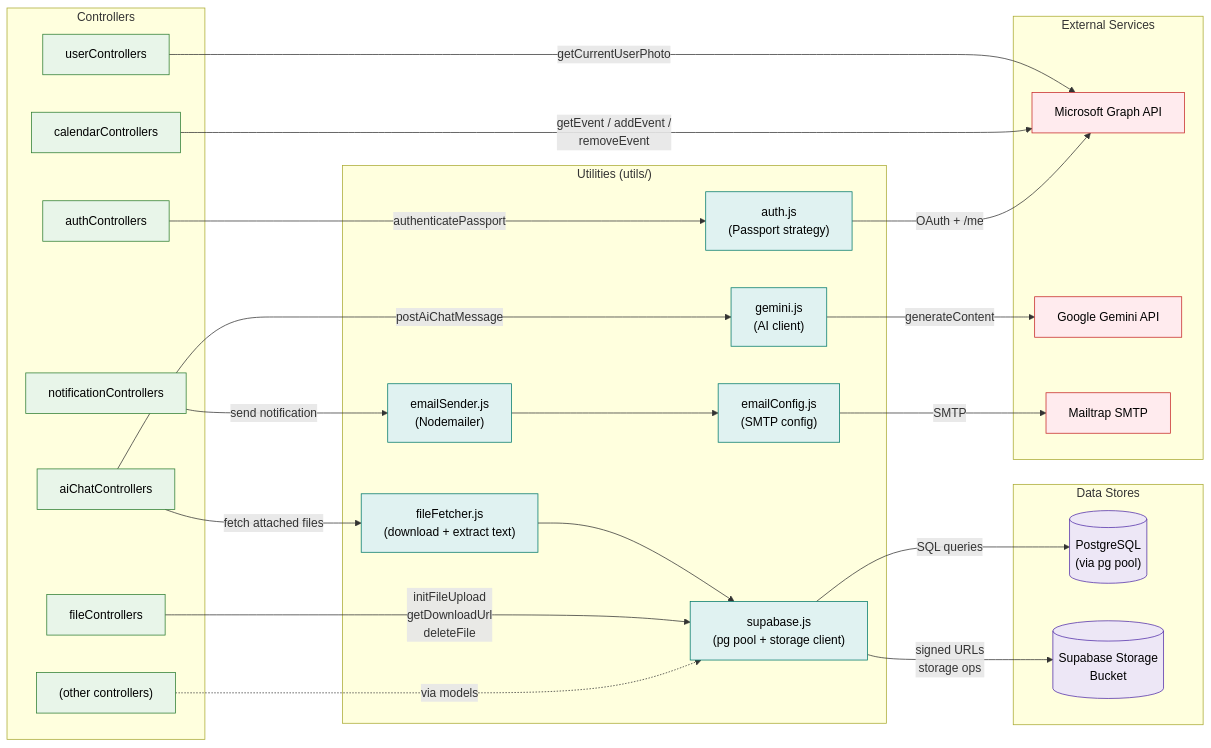
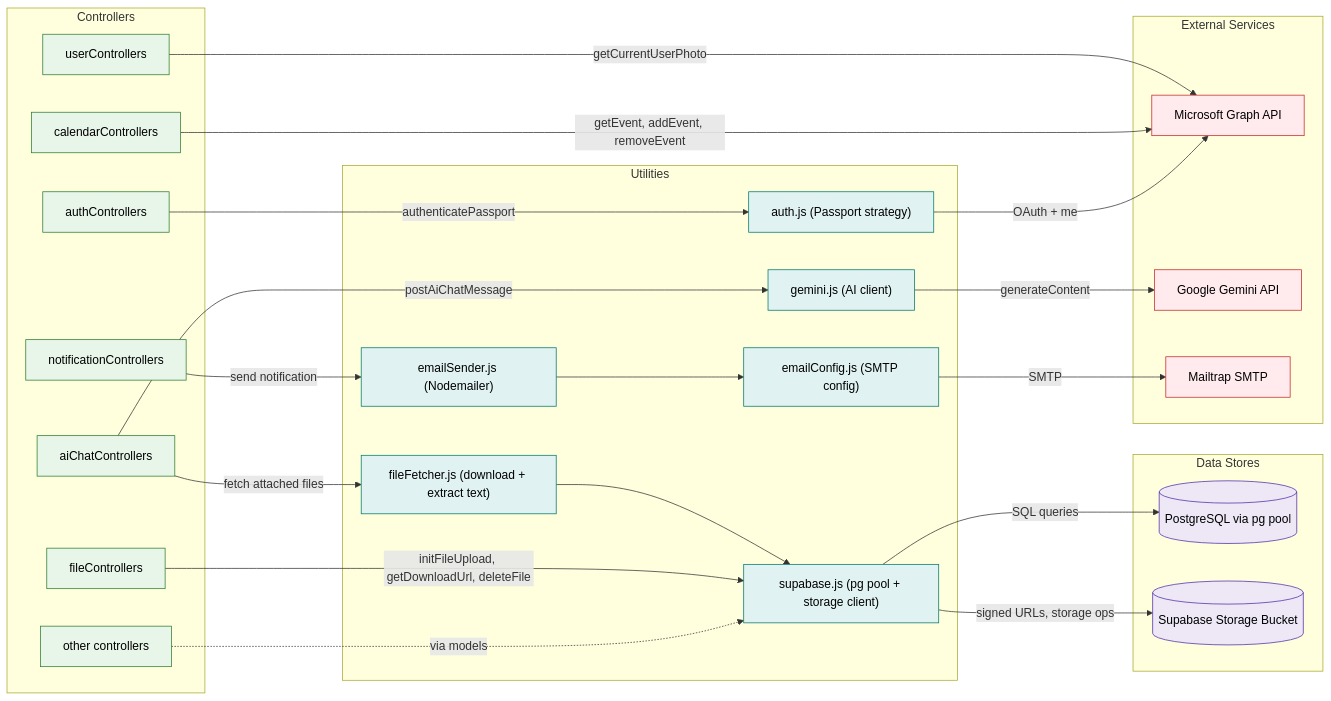
One commit to SETAP-Org/gcms-docs changed the third of 3 diagrams in docs/source/architecture/module-map.rst. Above: the diagram before and after it, drawn with Mermaid. The commit also changed other lines of this file, not shown here.

Commit message:
Refactor module map documentation for improved clarity and consistency in naming conventions

```diff
--- a/docs/source/architecture/module-map.rst
+++ b/docs/source/architecture/module-map.rst
@@ -232,63 +232,63 @@
 .. mermaid::
 
    flowchart LR
        subgraph Controllers["Controllers"]
            Cauth["authControllers"]
            Ccal["calendarControllers"]
            Cuser["userControllers"]
            Cai["aiChatControllers"]
            Cfile["fileControllers"]
            Cnotif["notificationControllers"]
-           Cother["(other controllers)"]
+           Cother["other controllers"]
        end
 
-       subgraph Utils["Utilities (utils/)"]
-           Uauth["auth.js<br/>(Passport strategy)"]
-           Usup["supabase.js<br/>(pg pool + storage client)"]
-           Ugem["gemini.js<br/>(AI client)"]
-           Ufile["fileFetcher.js<br/>(download + extract text)"]
-           Uemail["emailSender.js<br/>(Nodemailer)"]
-           Uconf["emailConfig.js<br/>(SMTP config)"]
+       subgraph Utils["Utilities"]
+           Uauth["auth.js (Passport strategy)"]
+           Usup["supabase.js (pg pool + storage client)"]
+           Ugem["gemini.js (AI client)"]
+           Ufile["fileFetcher.js (download + extract text)"]
+           Uemail["emailSender.js (Nodemailer)"]
+           Uconf["emailConfig.js (SMTP config)"]
        end
 
        subgraph DB["Data Stores"]
-           PG[("PostgreSQL<br/>(via pg pool)")]
-           Bucket[("Supabase Storage<br/>Bucket")]
+           PG[("PostgreSQL via pg pool")]
+           Bucket[("Supabase Storage Bucket")]
        end
 
        subgraph External["External Services"]
            MS["Microsoft Graph API"]
            Gem["Google Gemini API"]
            Mail["Mailtrap SMTP"]
        end
 
        Cauth -->|authenticatePassport| Uauth
-       Uauth -->|OAuth + /me| MS
+       Uauth -->|OAuth + me| MS
 
-       Ccal -->|getEvent / addEvent /<br/>removeEvent| MS
+       Ccal -->|getEvent, addEvent, removeEvent| MS
        Cuser -->|getCurrentUserPhoto| MS
 
        Cother -.via models.-> Usup
        Usup -->|SQL queries| PG
 
-       Cfile -->|initFileUpload<br/>getDownloadUrl<br/>deleteFile| Usup
-       Usup -->|signed URLs<br/>storage ops| Bucket
+       Cfile -->|initFileUpload, getDownloadUrl, deleteFile| Usup
+       Usup -->|signed URLs, storage ops| Bucket
 
        Cai -->|postAiChatMessage| Ugem
        Cai -->|fetch attached files| Ufile
        Ufile --> Usup
        Ugem -->|generateContent| Gem
 
        Cnotif -->|send notification| Uemail
        Uemail --> Uconf
        Uconf -->|SMTP| Mail
 
        classDef ctrl fill:#e8f5e9,stroke:#2e7d32,color:#000
        classDef util fill:#e0f2f1,stroke:#00796b,color:#000
        classDef db fill:#ede7f6,stroke:#512da8,color:#000
        classDef ext fill:#ffebee,stroke:#c62828,color:#000
 
        class Cauth,Ccal,Cuser,Cai,Cfile,Cnotif,Cother ctrl
        class Uauth,Usup,Ugem,Ufile,Uemail,Uconf util
        class PG,Bucket db
        class MS,Gem,Mail ext
```
